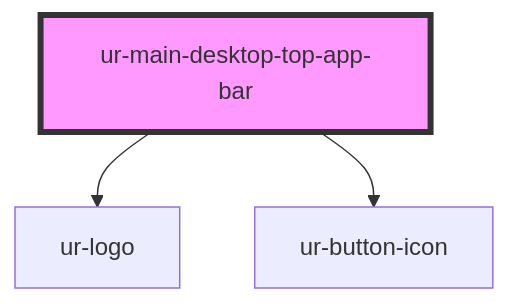
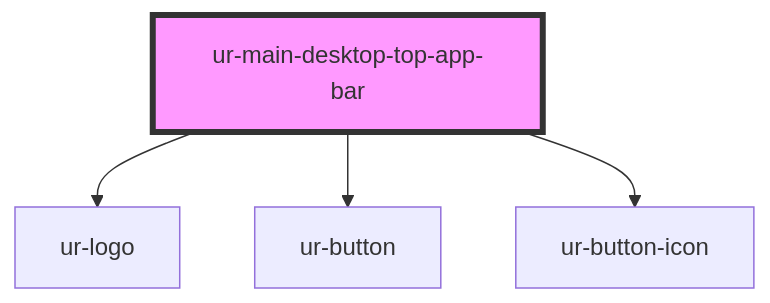
The diagram in src/components/ur-main-desktop-top-app-bar/readme.md (hellish/urnovl-web-components), drawn with Mermaid before and after one commit. The commit also changed other lines of this file and 10 other files, not shown here.

````diff
--- a/src/components/ur-main-desktop-top-app-bar/readme.md
+++ b/src/components/ur-main-desktop-top-app-bar/readme.md
@@ -34,6 +40,7 @@
 ```mermaid
 graph TD;
   ur-main-desktop-top-app-bar --> ur-logo
+  ur-main-desktop-top-app-bar --> ur-button
   ur-main-desktop-top-app-bar --> ur-button-icon
   style ur-main-desktop-top-app-bar fill:#f9f,stroke:#333,stroke-width:4px
 ```
````
